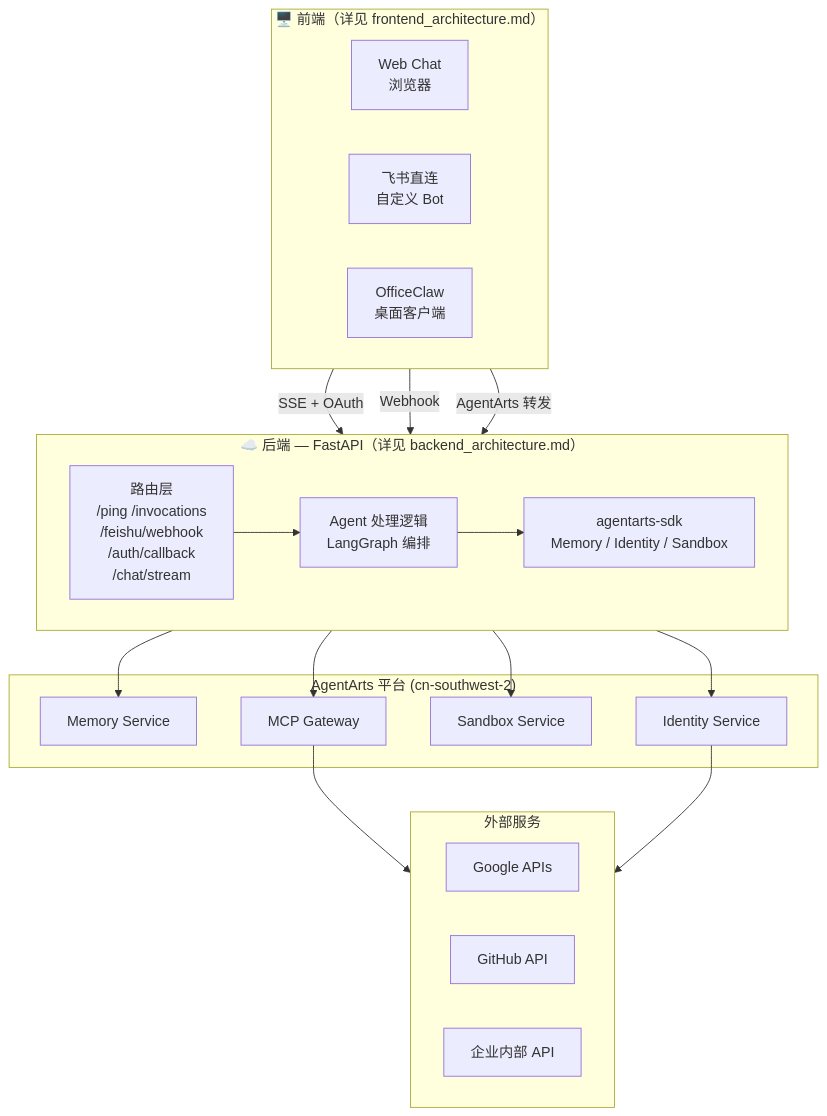
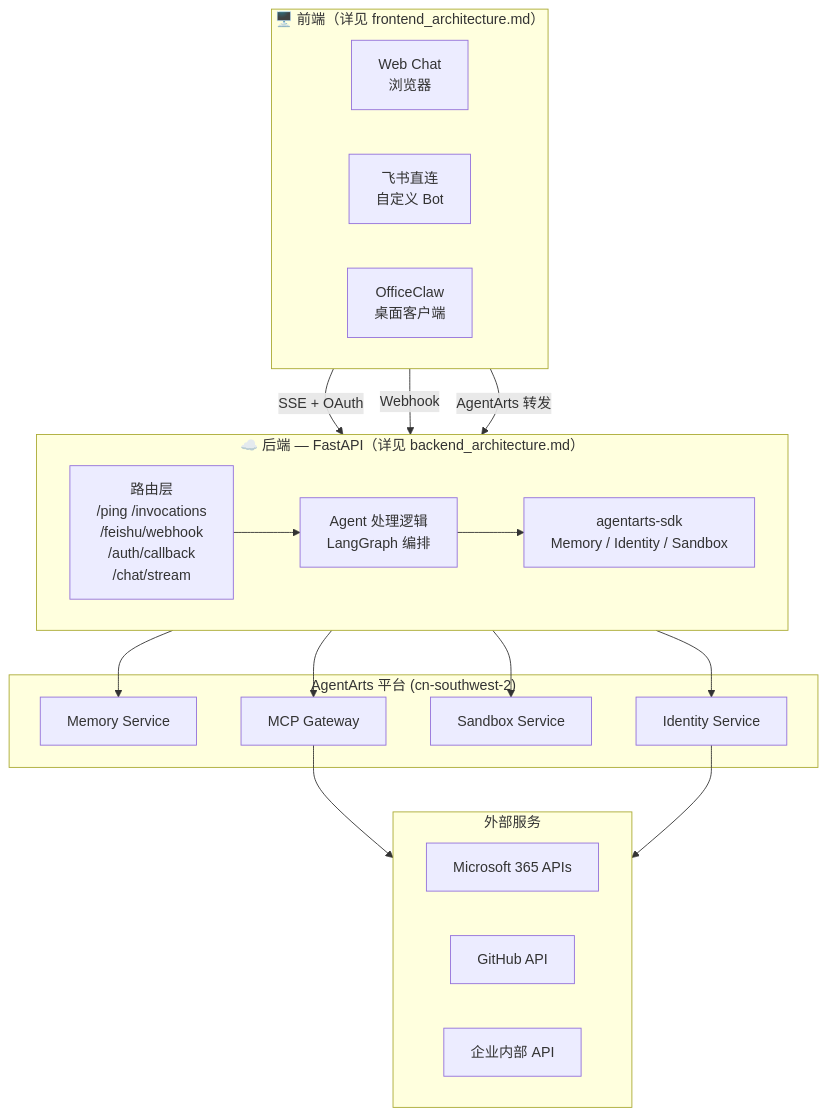
One commit to T-1009/personal-assistant changed the first of 6 diagrams in personal-assistant-meta/architecture/overall_architecture.md. Above: the diagram before and after it, drawn with Mermaid. The commit also changed other lines of this file and 7 other files, not shown here.

First line of the commit message:
docs: replace Google OAuth with Microsoft Entra ID as primary identity provider

````diff
--- a/personal-assistant-meta/architecture/overall_architecture.md
+++ b/personal-assistant-meta/architecture/overall_architecture.md
@@ -11,40 +11,40 @@
 ```mermaid
 flowchart TB
     subgraph Frontends["🖥️ 前端（详见 frontend_architecture.md）"]
         direction LR
         WebChat["Web Chat<br/>浏览器"]
         Feishu["飞书直连<br/>自定义 Bot"]
         OC["OfficeClaw<br/>桌面客户端"]
     end
 
     subgraph Backend["☁️ 后端 — FastAPI（详见 backend_architecture.md）"]
         direction LR
         Routes["路由层<br/>/ping /invocations<br/>/feishu/webhook<br/>/auth/callback<br/>/chat/stream"]
         Handler["Agent 处理逻辑<br/>LangGraph 编排"]
         SDK["agentarts-sdk<br/>Memory / Identity / Sandbox"]
     end
 
     subgraph AgentArts["AgentArts 平台 (cn-southwest-2)"]
         MemorySvc["Memory Service"]
         IdentitySvc["Identity Service"]
         SandboxSvc["Sandbox Service"]
         MCPGW["MCP Gateway"]
     end
 
     subgraph External["外部服务"]
-        GoogleAPI["Google APIs"]
+        Microsoft365API["Microsoft 365 APIs"]
         GitHubAPI["GitHub API"]
         InternalAPI["企业内部 API"]
     end
 
     WebChat -->|"SSE + OAuth"| Routes
     Feishu -->|"Webhook"| Routes
     OC -->|"AgentArts 转发"| Routes
     Routes --> Handler
     Handler --> SDK
     SDK --> MemorySvc
     SDK --> IdentitySvc
     SDK --> SandboxSvc
     Handler --> MCPGW --> External
     IdentitySvc --> External
 ```
````
